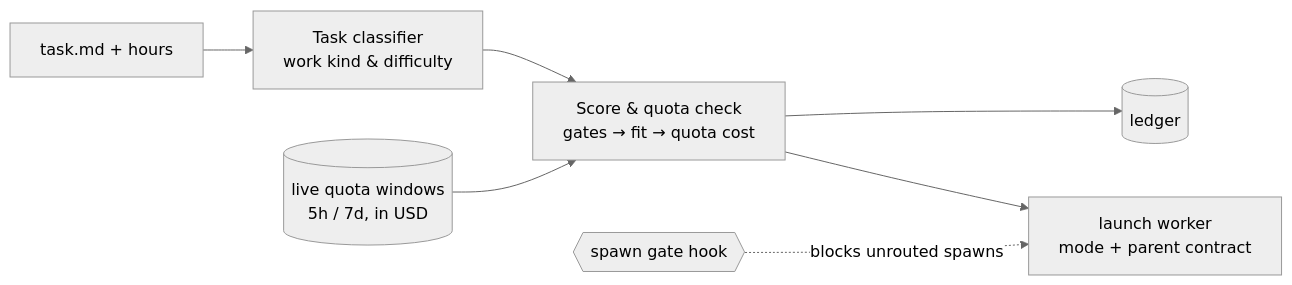
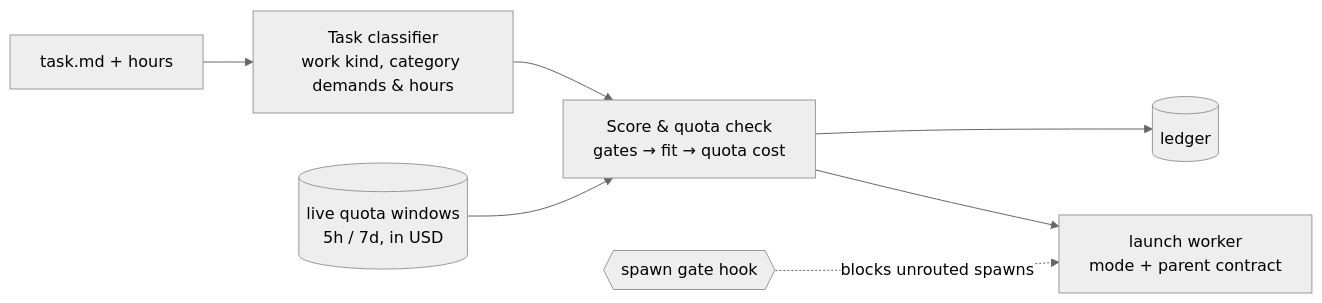
The diagram in docs/technical-reference.md (akiiwa-games/AgentCompass), drawn with Mermaid (neutral theme) before and after one commit. The commit also changed other lines of this file and 106 other files, not shown here.

````diff
--- a/docs/technical-reference.md
+++ b/docs/technical-reference.md
@@ -20,9 +20,9 @@
 ```mermaid
 flowchart LR
-  B[task.md + hours] --> C[Task classifier<br/>work kind & difficulty]
+  B[task.md + hours] --> C[Task classifier<br/>work kind, category demands & hours]
   C --> A[Score & quota check<br/>gates → fit → quota cost]
   Q[(live quota windows<br/>5h / 7d, in USD)] --> A
   A --> L[(ledger)]
   A --> W[launch worker<br/>mode + parent contract]
   G{{spawn gate hook}} -. blocks unrouted spawns .-> W
 ```
````
